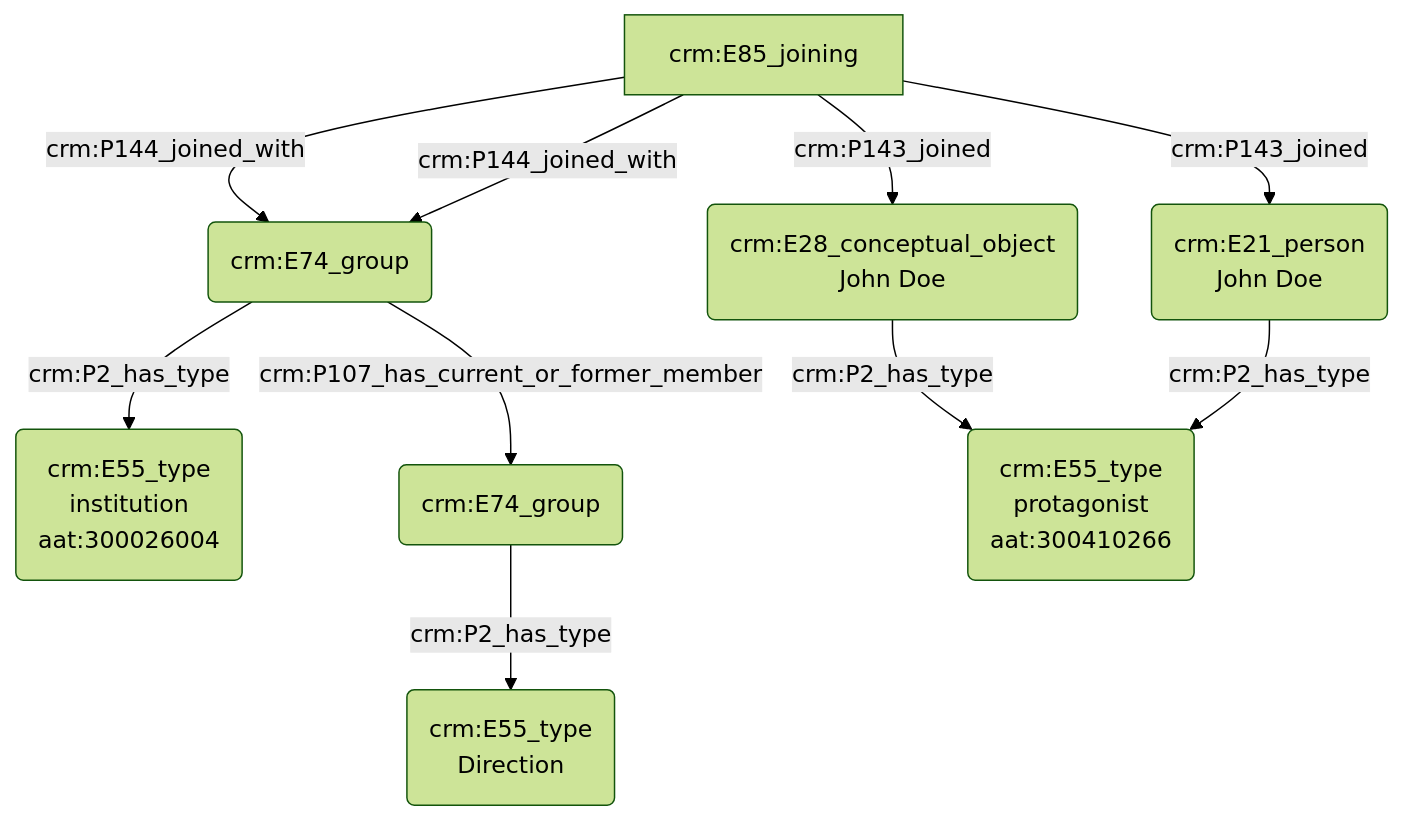
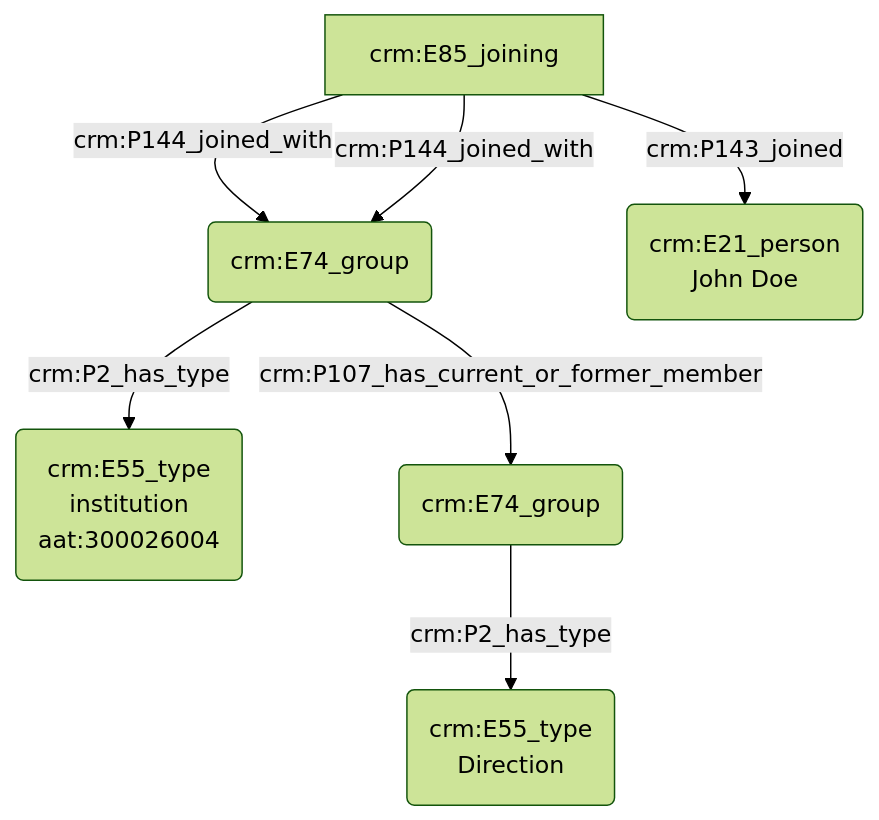
One commit to Amleth/consortium-musica2-gt2-ontologies changed the diagram in modules/livrables/Dossier 2/Indexation conceptuelle/statut et fonction d'une personne réelle.md. Above: the diagram before and after it, drawn with Mermaid (forest theme).

Commit message:
Update statut et fonction d'une personne réelle.md

````diff
--- a/modules/livrables/Dossier 2/Indexation conceptuelle/statut et fonction d'une personne réelle.md
+++ b/modules/livrables/Dossier 2/Indexation conceptuelle/statut et fonction d'une personne réelle.md
@@ -11,15 +11,11 @@
 ```mermaid
 graph TD;
 
 M(crm:E74_group) -->|crm:P2_has_type| N(crm:E55_type<br>institution<br>aat:300026004)
 U[crm:E85_joining] --> |crm:P144_joined_with| M(crm:E74_group)
 M(crm:E74_group) --> |crm:P107_has_current_or_former_member| S(crm:E74_group)
 S(crm:E74_group) --> |crm:P2_has_type| T(crm:E55_type<br>Direction)
-U[crm:E85_joining] -->|crm:P143_joined| K(crm:E28_conceptual_object<br>John Doe)
 U[crm:E85_joining] -->|crm:P143_joined| A(crm:E21_person<br>John Doe)
 U[crm:E85_joining] --> |crm:P144_joined_with| M(crm:E74_group)
 
-K(crm:E28_conceptual_object<br>John Doe) --> |crm:P2_has_type| C(crm:E55_type<br>protagonist<br>aat:300410266)
-A(crm:E21_person<br>John Doe) --> |crm:P2_has_type| C(crm:E55_type<br>protagonist<br>aat:300410266)
-
 ```
````
